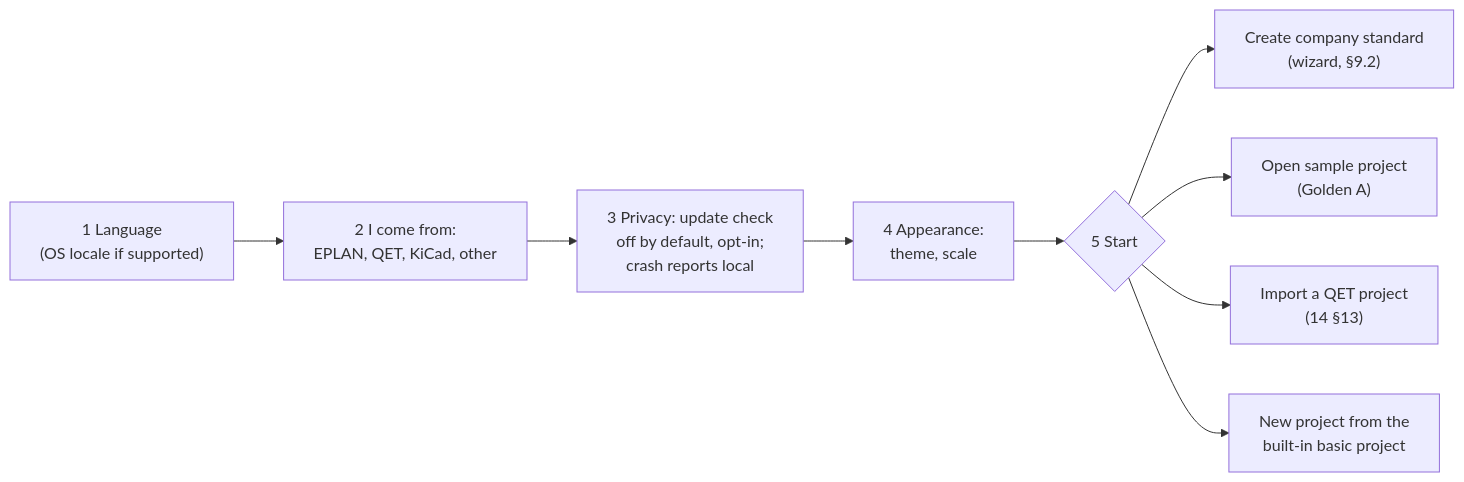
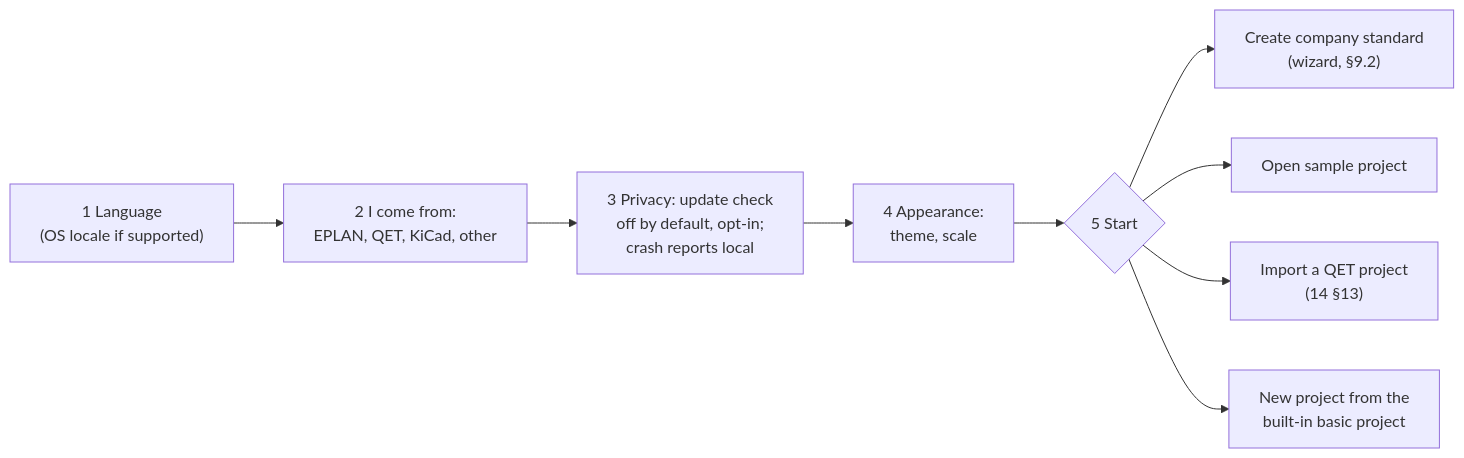
One commit to Ironkode787/ElektraWatt changed the diagram in docs/design/16-onboarding-access.md. Above: the diagram before and after it, drawn with Mermaid. The commit also changed other lines of this file and 4 other files, not shown here.

````diff
--- a/docs/design/16-onboarding-access.md
+++ b/docs/design/16-onboarding-access.md
@@ -11,11 +11,11 @@
 ```mermaid
 flowchart LR
   A["1 Language<br/>(OS locale if supported)"] --> B["2 I come from:<br/>EPLAN, QET, KiCad, other"]
   B --> C["3 Privacy: update check<br/>off by default, opt-in;<br/>crash reports local"]
   C --> D["4 Appearance:<br/>theme, scale"]
   D --> E{"5 Start"}
   E --> W["Create company standard<br/>(wizard, §9.2)"]
-  E --> G["Open sample project<br/>(Golden A)"]
+  E --> G["Open sample project"]
   E --> Q["Import a QET project<br/>(14 §13)"]
   E --> N["New project from the<br/>built-in basic project"]
 ```
````
